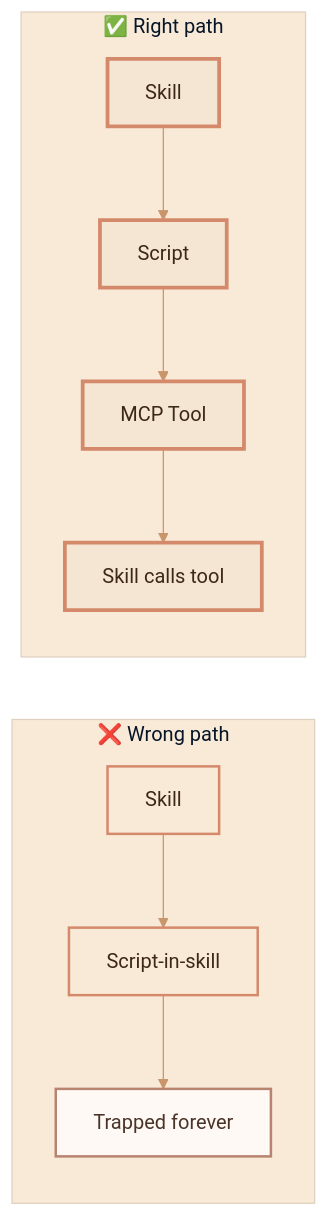
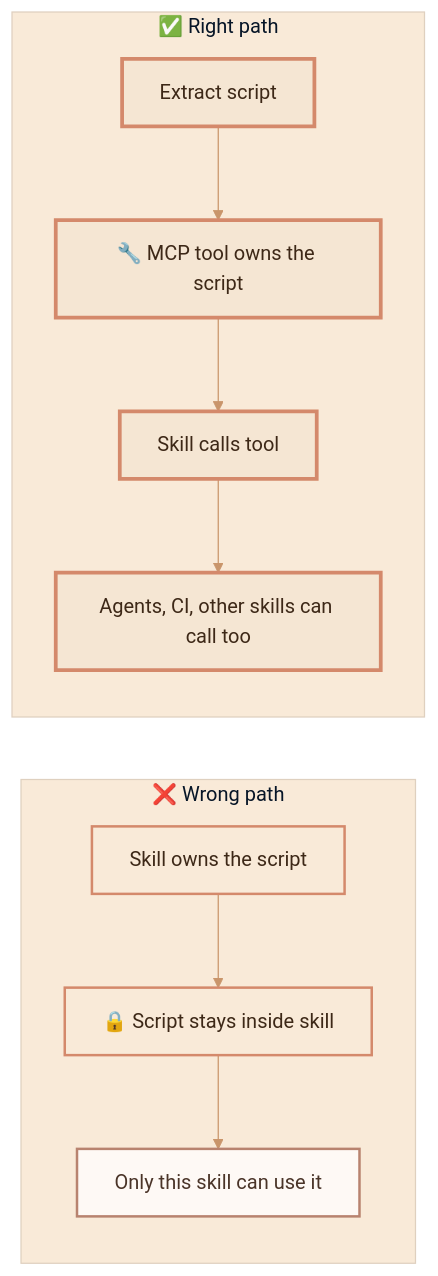
One commit to dfberry/dfberry.github.io changed the third of 5 diagrams in website/blog/2026-07-21-progressive-promotion-skills-to-autonomous.md. Above: the diagram before and after it, drawn with Mermaid. The commit also changed other lines of this file, not shown here.

First line of the commit message:
Add before/after diagram showing script relocated from skill to MCP tool

````diff
--- a/website/blog/2026-07-21-progressive-promotion-skills-to-autonomous.md
+++ b/website/blog/2026-07-21-progressive-promotion-skills-to-autonomous.md
@@ -127,18 +179,18 @@
 ```mermaid
 %%{init: { "theme": "base", "themeVariables": { "fontFamily": "Inter, ui-sans-serif", "primaryColor": "#f5e6d3", "primaryTextColor": "#3d2817", "primaryBorderColor": "#d4896b", "lineColor": "#c9956b", "secondaryColor": "#fdf4e8", "tertiaryColor": "#f9ead8", "background": "#fef9f5" } } }%%
 graph LR
     subgraph "❌ Wrong path"
-        W1["Skill"] --> W2["Script-in-skill"] --> W3["Trapped forever"]
+        W1["Skill owns the script"] --> W2["🔒 Script stays inside skill"] --> W3["Only this skill can use it"]
     end
     subgraph "✅ Right path"
-        R1["Skill"] --> R2["Script"] --> R3["MCP Tool"] --> R4["Skill calls tool"]
+        R1["Extract script"] --> R2["🔧 MCP tool owns the script"] --> R3["Skill calls tool"] --> R4["Agents, CI, other skills can call too"]
     end
 
     style W1 fill:#f9ead8,stroke:#d4896b,stroke-width:2px,color:#3d2817
     style W2 fill:#f9ead8,stroke:#d4896b,stroke-width:2px,color:#3d2817
     style W3 fill:#fef9f5,stroke:#b8836f,stroke-width:2px,color:#4a3428
     style R1 fill:#f5e6d3,stroke:#d4896b,stroke-width:3px,color:#3d2817
     style R2 fill:#f5e6d3,stroke:#d4896b,stroke-width:3px,color:#3d2817
     style R3 fill:#f5e6d3,stroke:#d4896b,stroke-width:3px,color:#3d2817
     style R4 fill:#f5e6d3,stroke:#d4896b,stroke-width:3px,color:#3d2817
 ```
````
